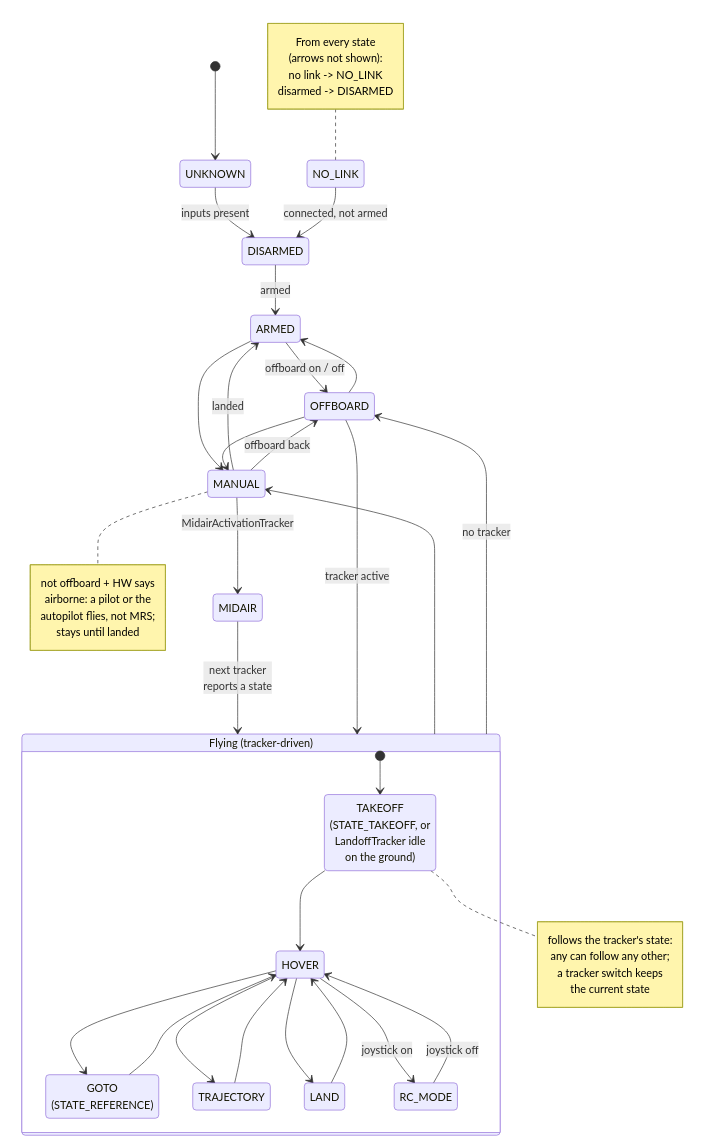
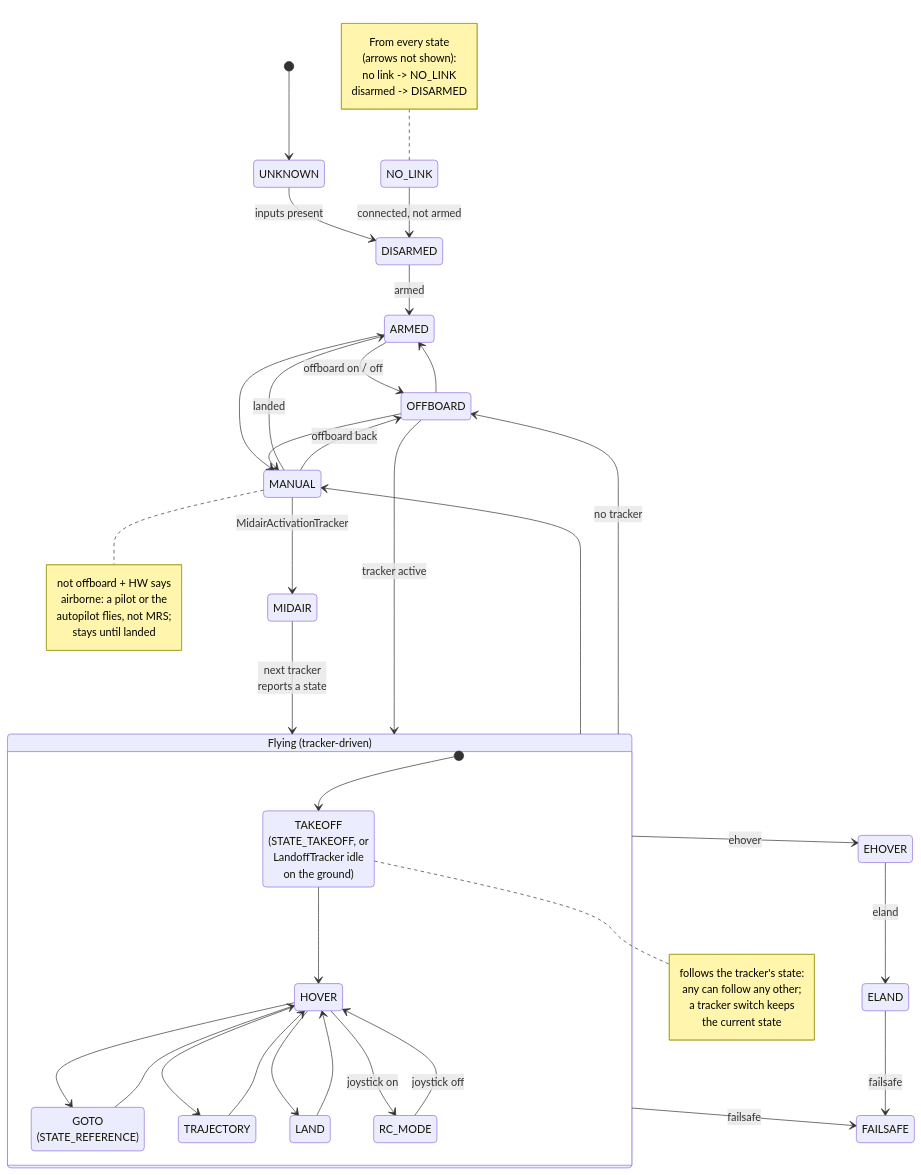
The diagram in README.md (ctu-mrs/mrs_uav_managers), drawn with Mermaid before and after one commit. The commit also changed other lines of this file and 4 other files, not shown here.

Commit message:
feat(diagnostics_manager): add EHOVER, ELAND and FAILSAFE states

````diff
--- a/README.md
+++ b/README.md
@@ -9,62 +9,67 @@
 ```mermaid
 stateDiagram-v2
   direction TB
 
   [*] --> UNKNOWN
   UNKNOWN --> DISARMED: inputs present
   NO_LINK --> DISARMED: connected, not armed
 
   note left of NO_LINK
     From every state
     (arrows not shown):
     no link -> NO_LINK
     disarmed -> DISARMED
   end note
 
   DISARMED --> ARMED: armed
   ARMED --> OFFBOARD: offboard on / off
   OFFBOARD --> ARMED
 
   ARMED --> MANUAL
   OFFBOARD --> MANUAL
   FLYING --> MANUAL
   MANUAL --> ARMED: landed
   MANUAL --> OFFBOARD: offboard back
 
   note right of MANUAL
     not offboard + HW says
     airborne: a pilot or the
     autopilot flies, not MRS;
     stays until landed
   end note
 
   MANUAL --> MIDAIR: MidairActivationTracker
   MIDAIR --> FLYING: next tracker<br/>reports a state
 
   OFFBOARD --> FLYING: tracker active
   FLYING --> OFFBOARD: no tracker
 
+  FLYING --> EHOVER: ehover
+  EHOVER --> ELAND: eland
+  ELAND --> FAILSAFE: failsafe
+  FLYING --> FAILSAFE: failsafe
+
   state "Flying (tracker-driven)" as FLYING {
     [*] --> TAKEOFF
     TAKEOFF --> HOVER
     HOVER --> GOTO
     HOVER --> TRAJECTORY
     GOTO --> HOVER
     TRAJECTORY --> HOVER
     HOVER --> LAND
     LAND --> HOVER
 
     HOVER --> RC_MODE: joystick on
     RC_MODE --> HOVER: joystick off
 
     TAKEOFF: TAKEOFF<br/>(STATE_TAKEOFF, or<br/>LandoffTracker idle<br/>on the ground)
     GOTO: GOTO<br/>(STATE_REFERENCE)
 
     note right of TAKEOFF
       follows the tracker's state:
       any can follow any other;
       a tracker switch keeps
       the current state
     end note
   }
 ```
````
